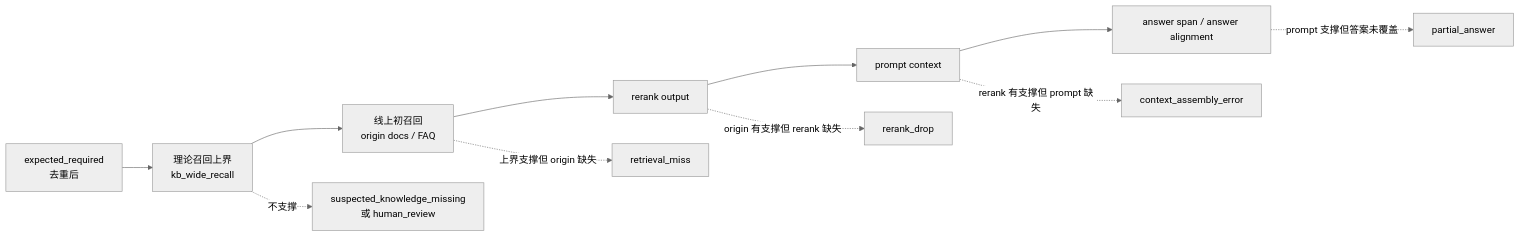
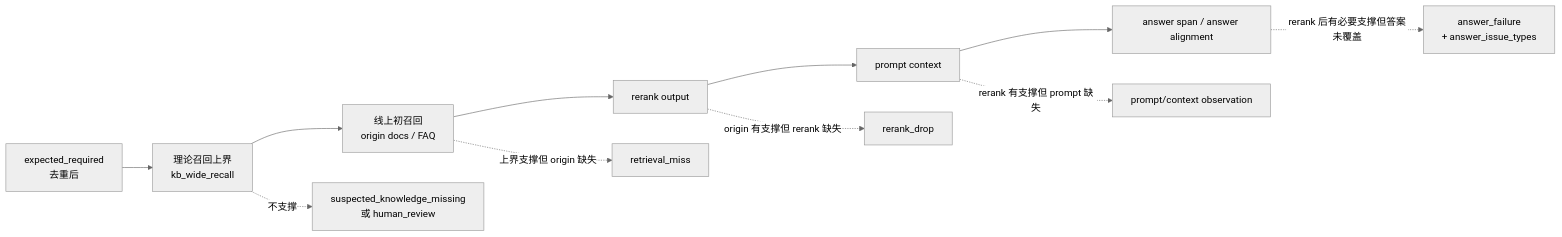
One commit to aaaahyaaaa/skill changed diagram 11 of 23 in references/skill_architecture_wiki.md. Above: the diagram before and after it, drawn with Mermaid (neutral theme). The commit also changed other lines of this file and 23 other files, not shown here.

````diff
--- a/references/skill_architecture_wiki.md
+++ b/references/skill_architecture_wiki.md
@@ -300,14 +300,14 @@
 ```mermaid
 flowchart LR
   ER[expected_required<br/>去重后] --> KB[理论召回上界<br/>kb_wide_recall]
   KB --> OR[线上初召回<br/>origin docs / FAQ]
   OR --> RR[rerank output]
   RR --> PR[prompt context]
   PR --> AN[answer span / answer alignment]
 
   KB -.不支撑.-> KFail[suspected_knowledge_missing<br/>或 human_review]
   OR -.上界支撑但 origin 缺失.-> RFail[retrieval_miss]
   RR -.origin 有支撑但 rerank 缺失.-> RKFail[rerank_drop]
-  PR -.rerank 有支撑但 prompt 缺失.-> CFail[context_assembly_error]
-  AN -.prompt 支撑但答案未覆盖.-> AFail[partial_answer]
+  PR -.rerank 有支撑但 prompt 缺失.-> CObs[prompt/context observation]
+  AN -.rerank 后有必要支撑但答案未覆盖.-> AFail[answer_failure<br/>+ answer_issue_types]
 ```
````
